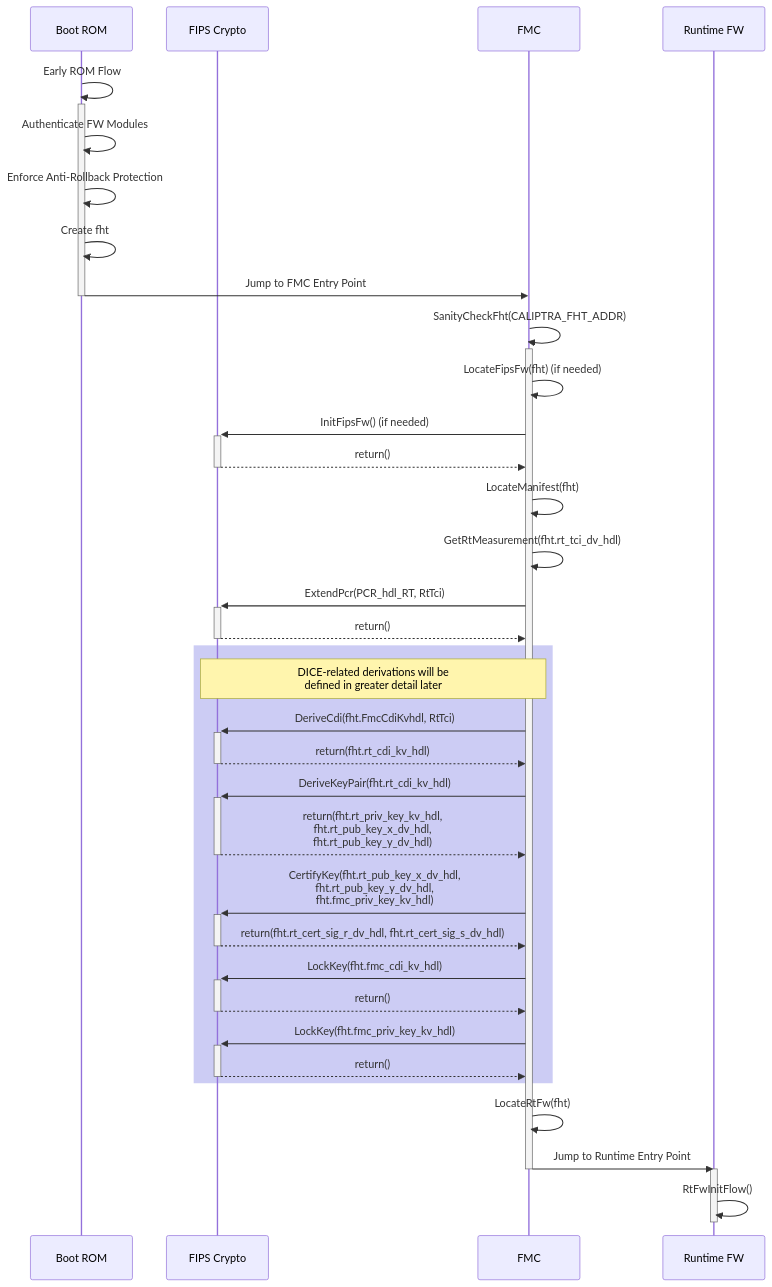
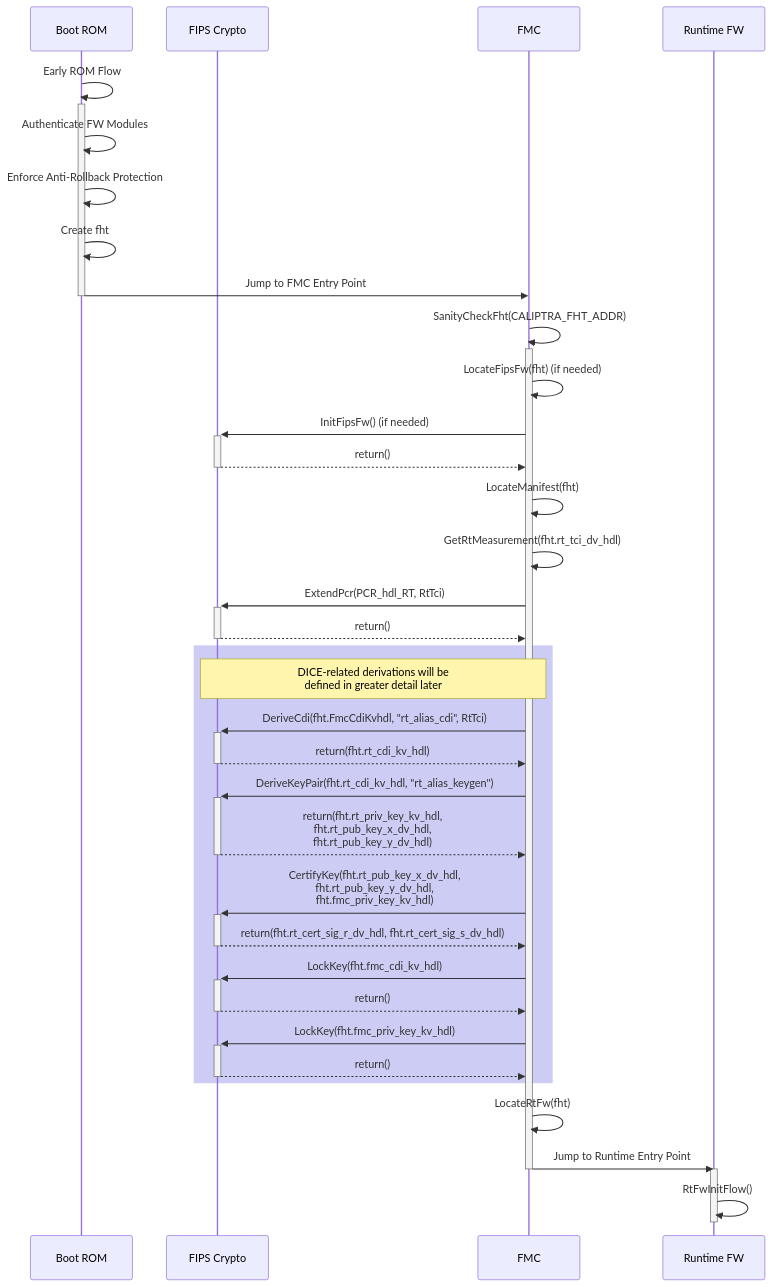
One commit to chipsalliance/caliptra-sw changed the diagram in fmc/README.md. Above: the diagram before and after it, drawn with Mermaid. The commit also changed 16 other files, not shown here.

Commit message:
Use diversification labels when performing CDI derivation or key generation.

````diff
--- a/fmc/README.md
+++ b/fmc/README.md
@@ -264,45 +264,45 @@
 ```mermaid
 sequenceDiagram
     participant ROM as Boot ROM
     participant FIPS as FIPS Crypto
     participant FMC as FMC
     participant RT as Runtime FW
 
     ROM->>+ROM: Early ROM Flow
     ROM->>ROM: Authenticate FW Modules
     ROM->>ROM: Enforce Anti-Rollback Protection
     ROM->>ROM: Create fht
     ROM->>-FMC: Jump to FMC Entry Point
 
     FMC->>+FMC: SanityCheckFht(CALIPTRA_FHT_ADDR)
     FMC->>FMC: LocateFipsFw(fht) (if needed)
     FMC->>+FIPS: InitFipsFw() (if needed)
     FIPS-->>-FMC: return()
     FMC->>FMC: LocateManifest(fht)
     FMC->>FMC: GetRtMeasurement(fht.rt_tci_dv_hdl)
     FMC->>+FIPS: ExtendPcr(PCR_hdl_RT, RtTci)
     FIPS-->>-FMC: return()
 
     rect rgba(0, 0, 200, .2)
     note over FIPS, FMC: DICE-related derivations will be<br> defined in greater detail later
 
-    FMC->>+FIPS: DeriveCdi(fht.FmcCdiKvhdl, RtTci)
+    FMC->>+FIPS: DeriveCdi(fht.FmcCdiKvhdl, "rt_alias_cdi", RtTci)
     FIPS-->>-FMC: return(fht.rt_cdi_kv_hdl)
-    FMC->>+FIPS: DeriveKeyPair(fht.rt_cdi_kv_hdl)
+    FMC->>+FIPS: DeriveKeyPair(fht.rt_cdi_kv_hdl, "rt_alias_keygen")
     FIPS-->>-FMC: return(fht.rt_priv_key_kv_hdl,<br> fht.rt_pub_key_x_dv_hdl,<br> fht.rt_pub_key_y_dv_hdl)
     FMC->>+FIPS: CertifyKey(fht.rt_pub_key_x_dv_hdl,<br> fht.rt_pub_key_y_dv_hdl,<br> fht.fmc_priv_key_kv_hdl)
     FIPS-->>-FMC: return(fht.rt_cert_sig_r_dv_hdl, fht.rt_cert_sig_s_dv_hdl)
     FMC->>+FIPS: LockKey(fht.fmc_cdi_kv_hdl)
     FIPS-->>-FMC: return()
     FMC->>+FIPS: LockKey(fht.fmc_priv_key_kv_hdl)
     FIPS-->>-FMC: return()
 
     end %% rect
 
     FMC->>FMC: LocateRtFw(fht)
     FMC->>-RT: Jump to Runtime Entry Point
 
     activate RT
     RT->>RT: RtFwInitFlow()
     deactivate RT
 ```
````
